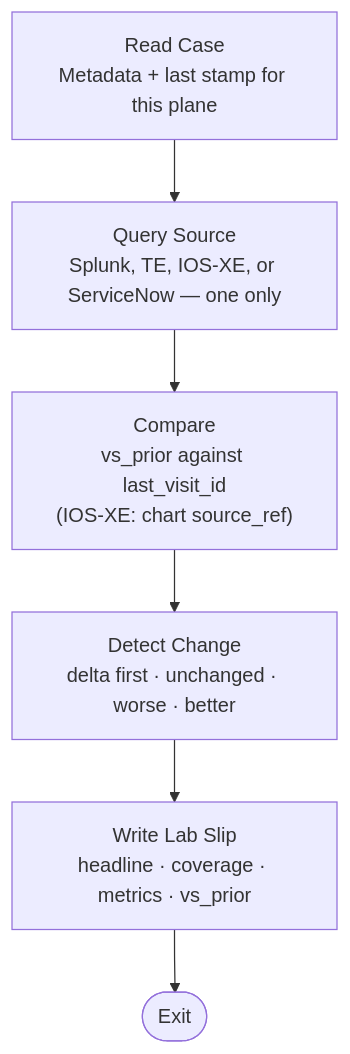
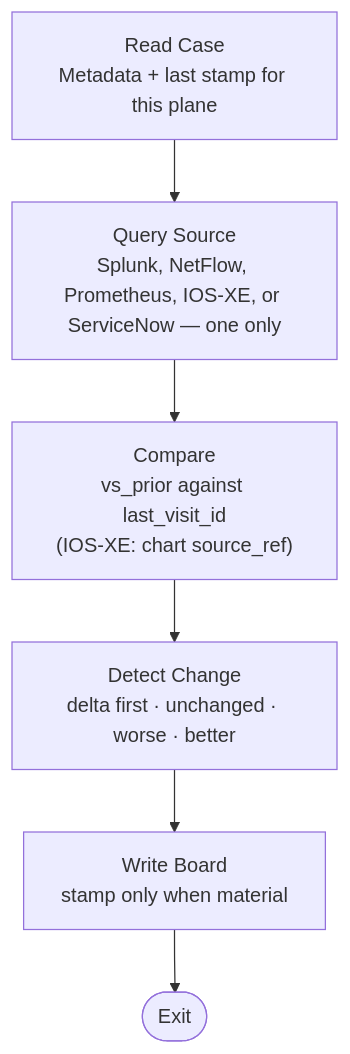
One commit to Presidio-Federal/ai-studio-netops changed the diagram in documentation/health-agents.md. Above: the diagram before and after it, drawn with Mermaid. The commit also changed other lines of this file and 15 other files, not shown here.

````diff
--- a/documentation/health-agents.md
+++ b/documentation/health-agents.md
@@ -38,11 +41,11 @@
 ```mermaid
 flowchart TB
     Read["Read Case<br/>Metadata + last stamp for this plane"]
-    Query["Query Source<br/>Splunk, TE, IOS-XE, or ServiceNow — one only"]
+    Query["Query Source<br/>Splunk, NetFlow, Prometheus, IOS-XE, or ServiceNow — one only"]
     Compare["Compare<br/>vs_prior against last_visit_id<br/>(IOS-XE: chart source_ref)"]
     Detect["Detect Change<br/>delta first · unchanged · worse · better"]
-    Write["Write Lab Slip<br/>headline · coverage · metrics · vs_prior"]
+    Write["Write Board<br/>stamp only when material"]
     Exit([Exit])
 
     Read --> Query --> Compare --> Detect --> Write --> Exit
 ```
````
